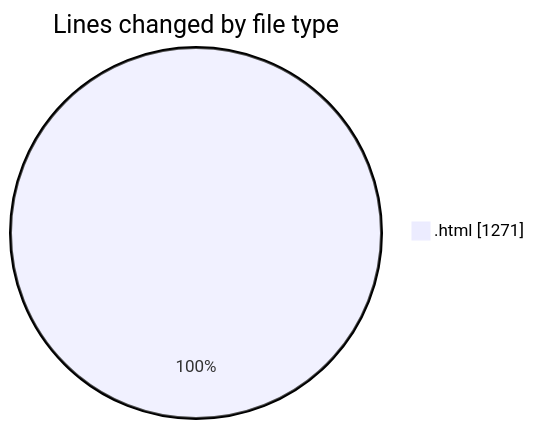
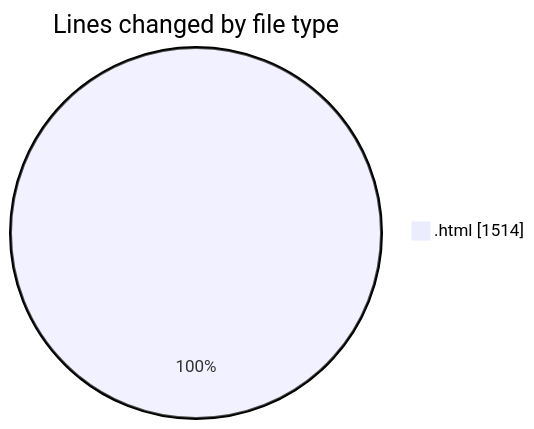
The first of 2 diagrams in 2026-07-11/untitled__workspace_/README.md (shibass792/code-tracking), drawn with Mermaid before and after one commit. The commit also changed other lines of this file and 1 other file, not shown here.

````diff
--- a/2026-07-11/untitled__workspace_/README.md
+++ b/2026-07-11/untitled__workspace_/README.md
@@ -20,5 +20,5 @@
 ```mermaid
 pie showData
 title Lines changed by file type
-".html" : 1271
+".html" : 1514
 ```
````
